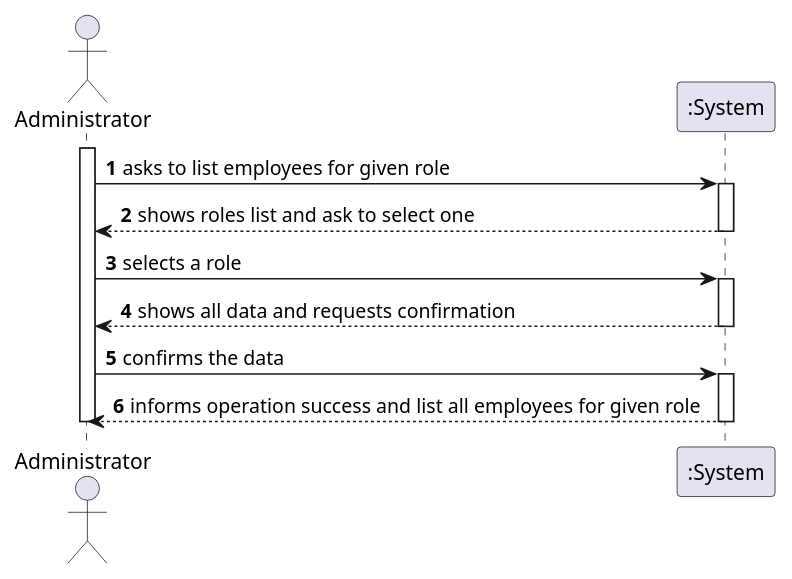
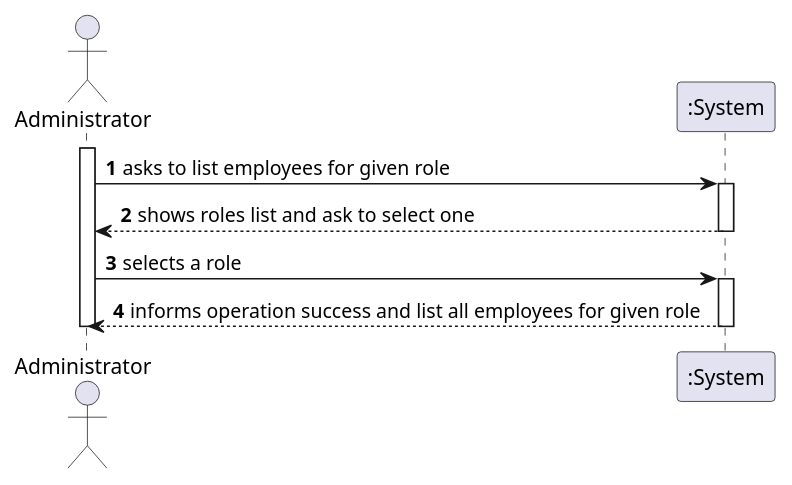
Before and after one commit to miseEnPlace-i/lapr2: the diagram in docs/SprintB/US11/SSD/US11_SSD.puml, drawn with PlantUML. The commit also changed 4 other files, not shown here.

```diff
--- a/docs/SprintB/US11/SSD/US11_SSD.puml
+++ b/docs/SprintB/US11/SSD/US11_SSD.puml
@@ -1,23 +1,18 @@
 @startuml
 autonumber
 actor "Administrator" as Admin
 
 activate Admin
 Admin -> ":System" : asks to list employees for given role
 activate ":System"
 ":System" --> Admin : shows roles list and ask to select one
 deactivate ":System"
 
 Admin -> ":System" : selects a role
 activate ":System"
-":System" --> Admin : shows all data and requests confirmation
-deactivate ":System"
-
-Admin -> ":System" : confirms the data
-activate ":System"
 ":System" --> Admin : informs operation success and list all employees for given role
 deactivate ":System"
 
 deactivate Admin
 
 @enduml
```
